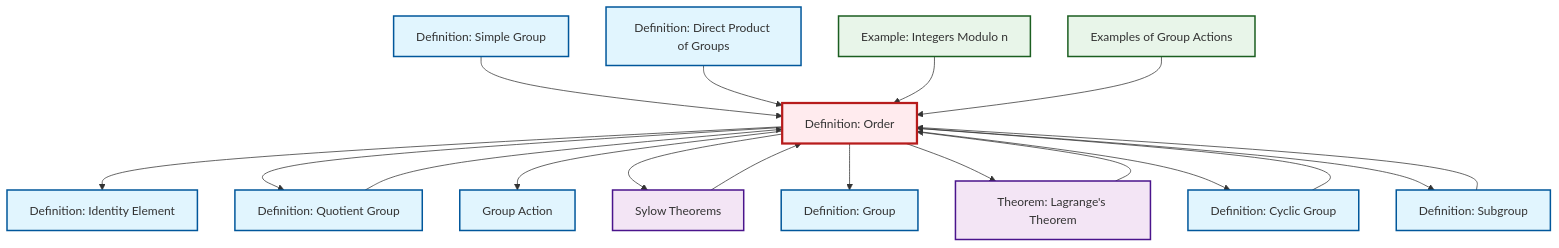
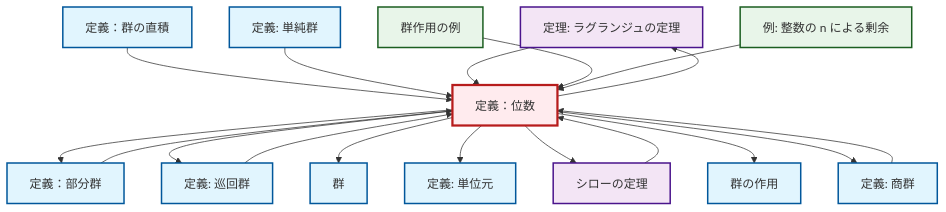
The diagram in content/ja/algebra/def-order.qmd (RK0429/ModernMath), drawn with Mermaid before and after one commit. The commit also changed 1069 other files, not shown here.

````diff
--- a/content/ja/algebra/def-order.qmd
+++ b/content/ja/algebra/def-order.qmd
@@ -112,52 +112,52 @@
 ```{mermaid}
 %%| fig-cap: "Local dependency graph"
 graph TD
     classDef definition fill:#e1f5fe,stroke:#01579b,stroke-width:2px
     classDef theorem fill:#f3e5f5,stroke:#4a148c,stroke-width:2px
     classDef axiom fill:#fff3e0,stroke:#e65100,stroke-width:2px
     classDef example fill:#e8f5e9,stroke:#1b5e20,stroke-width:2px
     classDef current fill:#ffebee,stroke:#b71c1c,stroke-width:3px
-    def-simple-group["Definition: Simple Group"]:::definition
-    def-cyclic-group["Definition: Cyclic Group"]:::definition
-    def-group["Definition: Group"]:::definition
-    thm-sylow["Sylow Theorems"]:::theorem
-    def-order["Definition: Order"]:::definition
-    def-quotient-group["Definition: Quotient Group"]:::definition
-    thm-lagrange["Theorem: Lagrange's Theorem"]:::theorem
-    def-subgroup["Definition: Subgroup"]:::definition
-    def-direct-product["Definition: Direct Product of Groups"]:::definition
-    def-identity-element["Definition: Identity Element"]:::definition
-    ex-group-action-examples["Examples of Group Actions"]:::example
-    def-group-action["Group Action"]:::definition
-    ex-quotient-integers-mod-n["Example: Integers Modulo n"]:::example
+    thm-lagrange["定理: ラグランジュの定理"]:::theorem
+    def-cyclic-group["定義: 巡回群"]:::definition
+    thm-sylow["シローの定理"]:::theorem
+    def-order["定義：位数"]:::definition
+    def-direct-product["定義：群の直積"]:::definition
+    def-subgroup["定義：部分群"]:::definition
+    ex-group-action-examples["群作用の例"]:::example
+    def-quotient-group["定義: 商群"]:::definition
+    def-identity-element["定義: 単位元"]:::definition
+    ex-quotient-integers-mod-n["例: 整数の n による剰余"]:::example
+    def-simple-group["定義: 単純群"]:::definition
+    def-group-action["群の作用"]:::definition
+    def-group["群"]:::definition
+    def-order --> def-subgroup
+    def-direct-product --> def-order
+    def-order --> def-cyclic-group
+    def-order --> def-group
+    def-cyclic-group --> def-order
+    def-quotient-group --> def-order
     def-simple-group --> def-order
+    thm-lagrange --> def-order
+    ex-group-action-examples --> def-order
     def-order --> def-identity-element
-    def-cyclic-group --> def-order
+    def-order --> thm-sylow
     def-subgroup --> def-order
+    ex-quotient-integers-mod-n --> def-order
+    def-order --> def-group-action
+    thm-sylow --> def-order
     def-order --> def-quotient-group
-    def-direct-product --> def-order
-    def-order --> def-group-action
-    def-order --> thm-sylow
-    def-order --> def-group
-    thm-sylow --> def-order
-    def-quotient-group --> def-order
     def-order --> thm-lagrange
-    def-order --> def-cyclic-group
-    ex-quotient-integers-mod-n --> def-order
-    ex-group-action-examples --> def-order
-    thm-lagrange --> def-order
-    def-order --> def-subgroup
     class def-order current
-    click def-simple-group "def-simple-group.html" "Definition: Simple Groupへ"
-    click def-cyclic-group "def-cyclic-group.html" "Definition: Cyclic Groupへ"
-    click def-group "def-group.html" "Definition: Groupへ"
-    click thm-sylow "thm-sylow.html" "Sylow Theoremsへ"
-    click def-quotient-group "def-quotient-group.html" "Definition: Quotient Groupへ"
-    click thm-lagrange "thm-lagrange.html" "Theorem: Lagrange's Theoremへ"
-    click def-subgroup "def-subgroup.html" "Definition: Subgroupへ"
-    click def-direct-product "def-direct-product.html" "Definition: Direct Product of Groupsへ"
-    click def-identity-element "def-identity-element.html" "Definition: Identity Elementへ"
-    click ex-group-action-examples "ex-group-action-examples.html" "Examples of Group Actionsへ"
-    click def-group-action "def-group-action.html" "Group Actionへ"
-    click ex-quotient-integers-mod-n "ex-quotient-integers-mod-n.html" "Example: Integers Modulo nへ"
+    click thm-lagrange "thm-lagrange.html" "ラグランジュの定理の定理へ"
+    click def-cyclic-group "def-cyclic-group.html" "巡回群の定義へ"
+    click thm-sylow "thm-sylow.html" "シローの定理へ"
+    click def-direct-product "def-direct-product.html" "定義：群の直積へ"
+    click def-subgroup "def-subgroup.html" "定義：部分群へ"
+    click ex-group-action-examples "ex-group-action-examples.html" "群作用の例へ"
+    click def-quotient-group "def-quotient-group.html" "商群の定義へ"
+    click def-identity-element "def-identity-element.html" "単位元の定義へ"
+    click ex-quotient-integers-mod-n "ex-quotient-integers-mod-n.html" "整数の n による剰余の例へ"
+    click def-simple-group "def-simple-group.html" "単純群の定義へ"
+    click def-group-action "def-group-action.html" "群の作用へ"
+    click def-group "def-group.html" "群へ"
 ```
````
